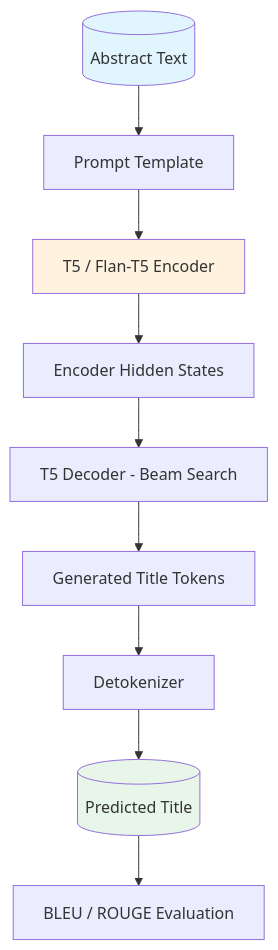
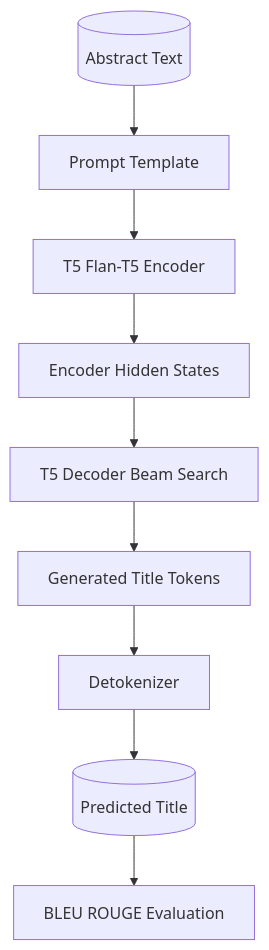
Before and after one commit to Mahim05078/mahim05078.github.io: the second of 4 diagrams in _pages/projects.md, drawn with Mermaid. The commit also changed other lines of this file, not shown here.

Commit message:
update Dec 25:6 - mermaid diagrams

````diff
--- a/_pages/projects.md
+++ b/_pages/projects.md
@@ -61,15 +57,11 @@
-<div class="mermaid">
+```mermaid
 flowchart TD
     A[(Abstract Text)] --> B[Prompt Template]
-    B --> C[T5 / Flan-T5 Encoder]
+    B --> C[T5 Flan-T5 Encoder]
     C --> D[Encoder Hidden States]
-    D --> E[T5 Decoder - Beam Search]
+    D --> E[T5 Decoder Beam Search]
     E --> F[Generated Title Tokens]
     F --> G[Detokenizer]
     G --> H[(Predicted Title)]
-    H --> I[BLEU / ROUGE Evaluation]
-
-    style A fill:#e1f5fe
-    style C fill:#fff3e0
-    style H fill:#e8f5e9
-</div>
+    H --> I[BLEU ROUGE Evaluation]
+```
````
